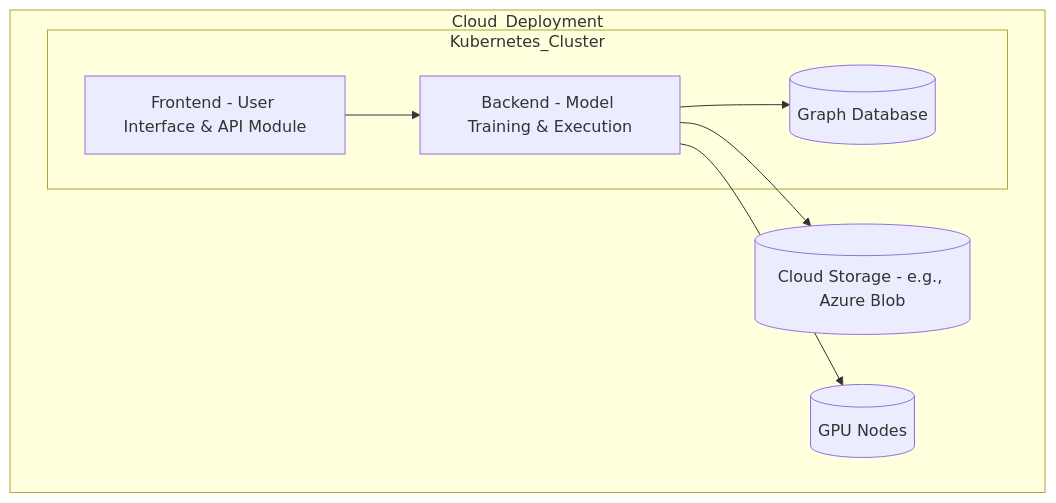
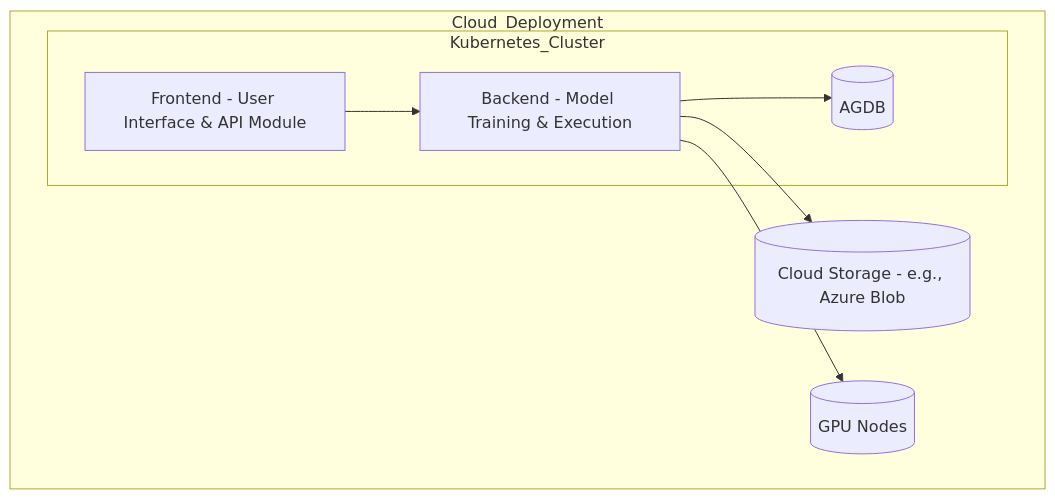
The fourth of 4 diagrams in doco/01_Architectural_Documentation.md (TheGuyFromTheApprentice/ActiveGraphNetworks), drawn with Mermaid before and after one commit. The commit also changed other lines of this file, not shown here.

````diff
--- a/doco/01_Architectural_Documentation.md
+++ b/doco/01_Architectural_Documentation.md
@@ -146,17 +150,17 @@
 ```mermaid
 flowchart TD
     subgraph Cloud_Deployment
         subgraph Kubernetes_Cluster
             FE[Frontend - User Interface & API Module]
             BE[Backend - Model Training & Execution]
-            DB[(Graph Database)]
+            DB[(AGDB)]
         end
         Storage[(Cloud Storage - e.g., Azure Blob)]
         GPU[(GPU Nodes)]
     end
 
     FE --> BE
     BE --> DB
     BE --> Storage
     BE --> GPU
 ```
````
